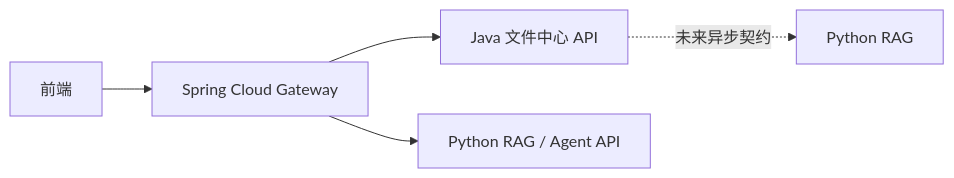
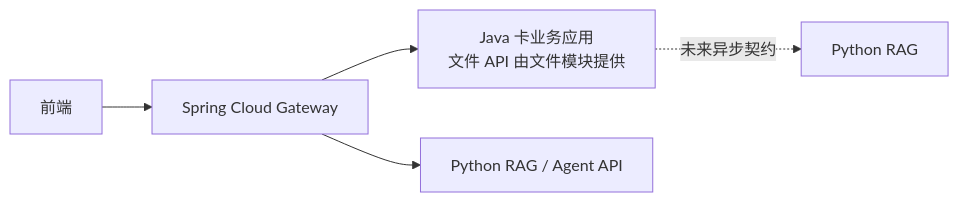
Before and after one commit to crudboy008/file-center-service: the second of 2 diagrams in docs/V0.1.0/srs/SRS-001-文件管理系统需求规格.md, drawn with Mermaid. The commit also changed other lines of this file and 8 other files, not shown here.

````diff
--- a/docs/V0.1.0/srs/SRS-001-文件管理系统需求规格.md
+++ b/docs/V0.1.0/srs/SRS-001-文件管理系统需求规格.md
@@ -106,7 +109,7 @@
 ```mermaid
 flowchart LR
     F[前端] --> G[Spring Cloud Gateway]
-    G --> J[Java 文件中心 API]
+    G --> J[Java 卡业务应用<br/>文件 API 由文件模块提供]
     G --> P[Python RAG / Agent API]
     J -.未来异步契约.-> R[Python RAG]
 ```
````
